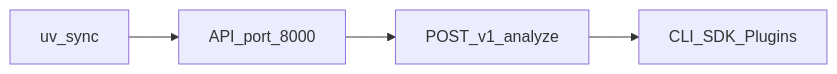
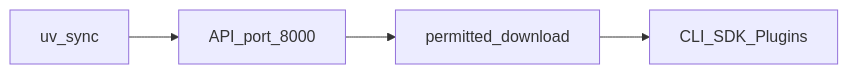
The diagram in docs/getting-started/index.md (vannyakh/mediacore), drawn with Mermaid before and after one commit. The commit also changed other lines of this file and 23 other files, not shown here.

First line of the commit message:
Clarify permitted download CLI/docs and lock canonical layout.

````diff
--- a/docs/getting-started/index.md
+++ b/docs/getting-started/index.md
@@ -33,6 +33,6 @@
 ```mermaid
 flowchart LR
   Install[uv_sync] --> Run[API_port_8000]
-  Run --> Analyze[POST_v1_analyze]
-  Analyze --> Next[CLI_SDK_Plugins]
+  Run --> Download[permitted_download]
+  Download --> Next[CLI_SDK_Plugins]
 ```
````
